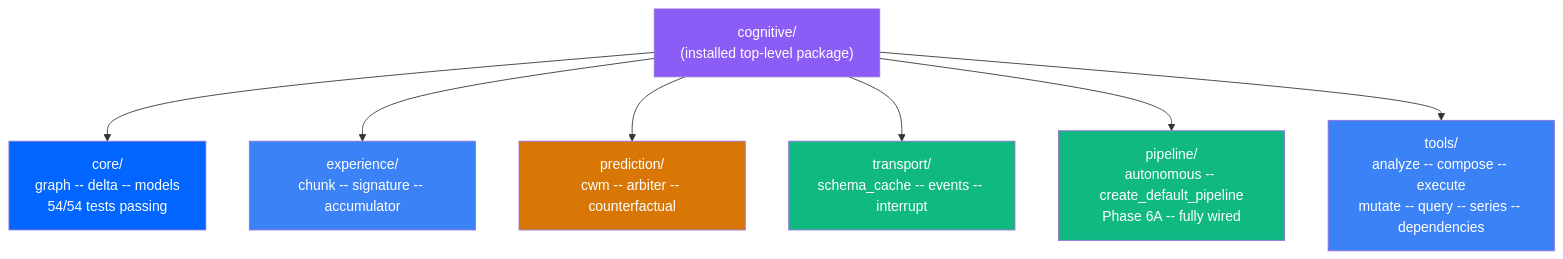
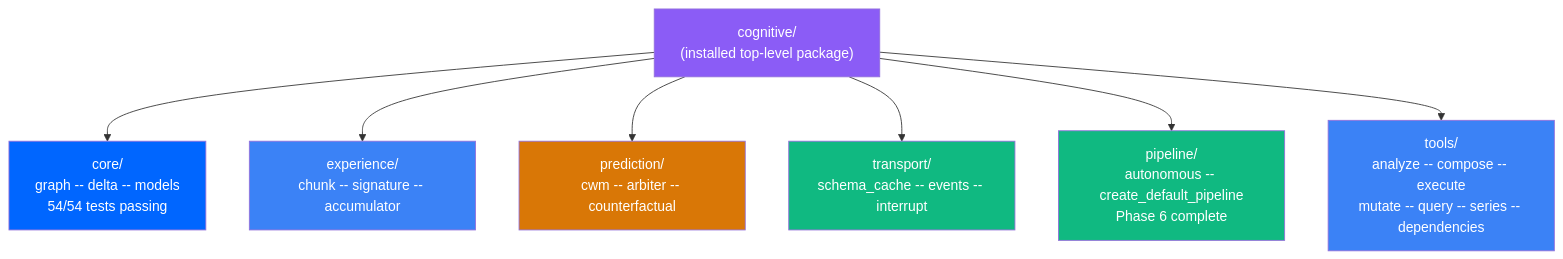
Diagram 15 of 17 in README.md (JosephOIbrahim/Comfy-Cozy), drawn with Mermaid before and after one commit. The commit also changed other lines of this file, not shown here.

First line of the commit message:
docs: README — agent acts directly, Phase 6 complete

````diff
--- a/README.md
+++ b/README.md
@@ -667,18 +667,18 @@
 ```mermaid
 graph TB
     Cognitive["cognitive/<br/>(installed top-level package)"]
     Cognitive --> Core["core/<br/>graph -- delta -- models<br/>54/54 tests passing"]
     Cognitive --> Exp["experience/<br/>chunk -- signature -- accumulator"]
     Cognitive --> Pred["prediction/<br/>cwm -- arbiter -- counterfactual"]
     Cognitive --> Trans["transport/<br/>schema_cache -- events -- interrupt"]
-    Cognitive --> Pipe["pipeline/<br/>autonomous -- create_default_pipeline<br/>Phase 6A -- fully wired"]
+    Cognitive --> Pipe["pipeline/<br/>autonomous -- create_default_pipeline<br/>Phase 6 complete"]
     Cognitive --> CogTools["tools/<br/>analyze -- compose -- execute<br/>mutate -- query -- series -- dependencies"]
 
     style Cognitive fill:#8b5cf6,color:#fff
     style Core fill:#0066FF,color:#fff
     style Exp fill:#3b82f6,color:#fff
     style Pred fill:#d97706,color:#fff
     style Trans fill:#10b981,color:#fff
     style Pipe fill:#10b981,color:#fff
     style CogTools fill:#3b82f6,color:#fff
 ```
````
